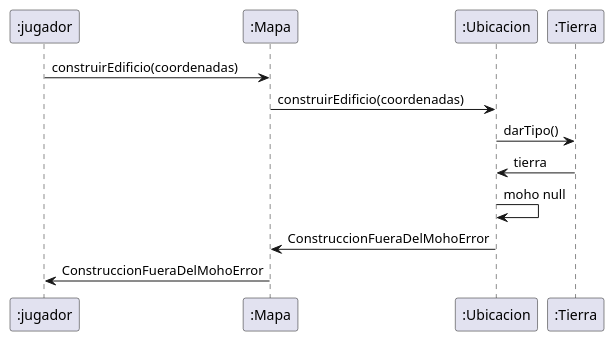
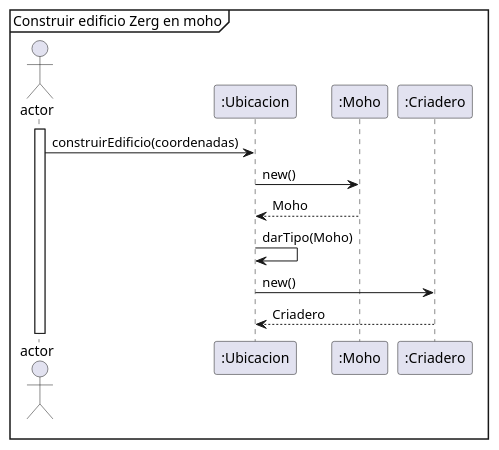
One commit to nicolasgirardi/algo3_TP2_AlgoStar changed the diagram in diagrams/sequences/CasoDeUso5.puml. Above: the diagram before and after it, drawn with PlantUML. The commit also changed 2 other files, not shown here.

Commit message:
ultimos diagramas

```diff
--- a/diagrams/sequences/CasoDeUso5.puml
+++ b/diagrams/sequences/CasoDeUso5.puml
@@ -1,13 +1,16 @@
 @startuml
 'https://plantuml.com/sequence-diagram
+mainframe Construir edificio Zerg en moho
+actor "actor"
+activate "actor"
+"actor" -> ":Ubicacion": construirEdificio(coordenadas)
+":Ubicacion" -> ":Moho": new()
+":Moho" --> ":Ubicacion": Moho
+":Ubicacion" -> ":Ubicacion": darTipo(Moho)
+":Ubicacion" -> ":Criadero": new()
+":Criadero" --> ":Ubicacion": Criadero
 
-":jugador" -> ":Mapa": construirEdificio(coordenadas)
-":Mapa" -> ":Ubicacion": construirEdificio(coordenadas)
-":Ubicacion" -> ":Tierra": darTipo()
-":Tierra" -> ":Ubicacion": tierra
-":Ubicacion" -> ":Ubicacion": moho null
-":Ubicacion" -> ":Mapa": ConstruccionFueraDelMohoError
-":Mapa" -> ":jugador": ConstruccionFueraDelMohoError
+
 
 
 @enduml
```
